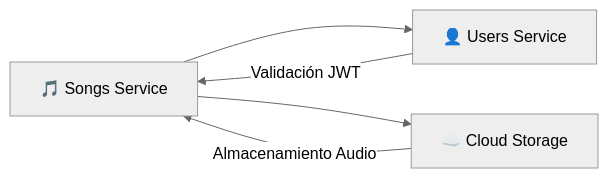
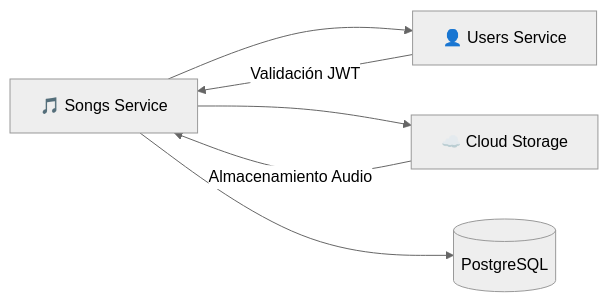
Before and after one commit to Melodia-FIUBA/docs: the diagram in docs/services/songs-service.md, drawn with Mermaid (neutral theme). The commit also changed other lines of this file and 17 other files, not shown here.

````diff
--- a/docs/services/songs-service.md
+++ b/docs/services/songs-service.md
@@ -159,10 +11,11 @@
 ```mermaid
 graph LR
     Songs[🎵 Songs Service]
-    
+
     Songs --> Users[👤 Users Service]
     Songs --> GCS[☁️ Cloud Storage]
-    
+    Songs --> DB[(PostgreSQL)]
+
     Users --> |Validación JWT| Songs
     GCS --> |Almacenamiento Audio| Songs
 ```
````
